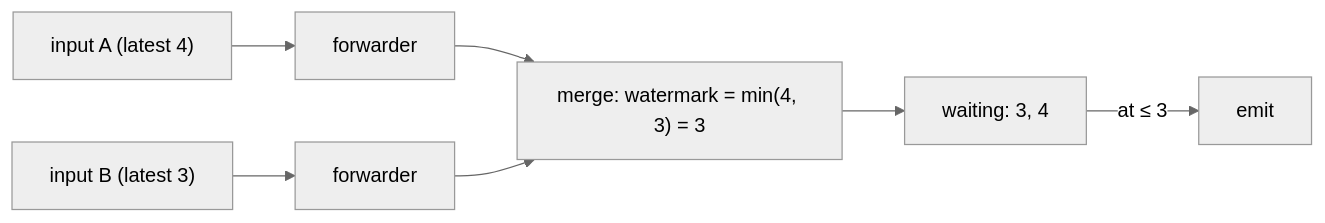
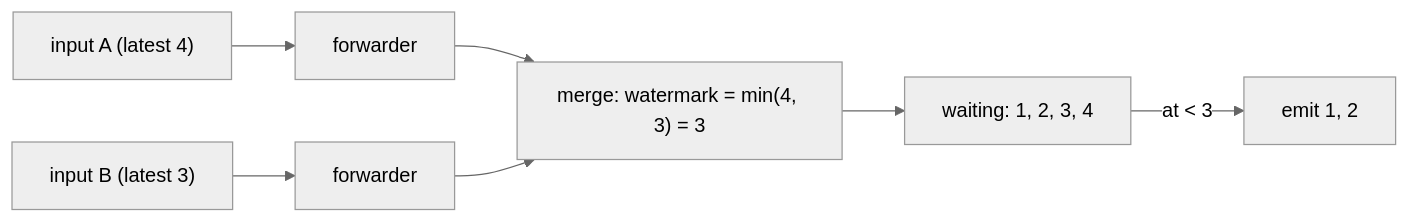
The first of 2 diagrams in docs/patterns/watermark.md (johnknl/go-concurrency-patterns), drawn with Mermaid (neutral theme) before and after one commit. The commit also changed other lines of this file and 21 other files, not shown here.

````diff
--- a/docs/patterns/watermark.md
+++ b/docs/patterns/watermark.md
@@ -56,7 +58,7 @@
 ```mermaid
 flowchart LR
     A["input A (latest 4)"] --> F1[forwarder] --> M
     B["input B (latest 3)"] --> F2[forwarder] --> M
-    M["merge: watermark = min(4, 3) = 3"] --> W["waiting: 3, 4"]
-    W -->|"at ≤ 3"| E[emit]
+    M["merge: watermark = min(4, 3) = 3"] --> W["waiting: 1, 2, 3, 4"]
+    W -->|"at < 3"| E["emit 1, 2"]
 ```
````
